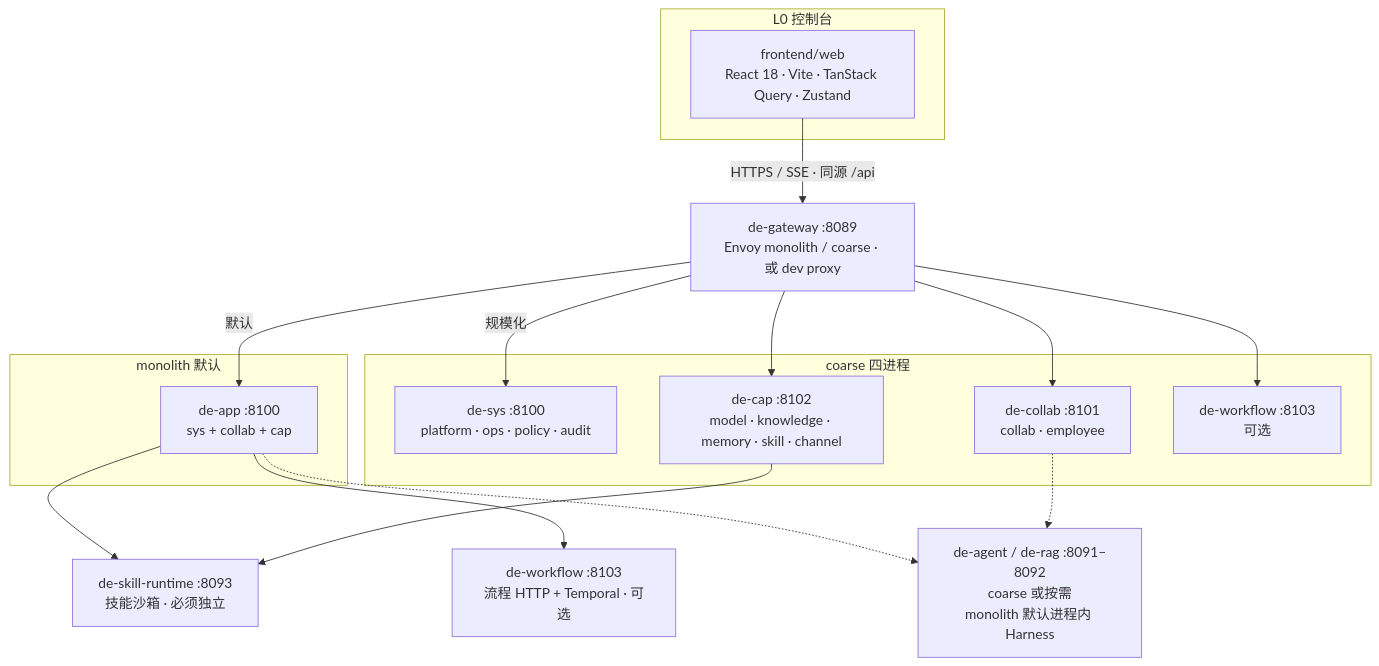
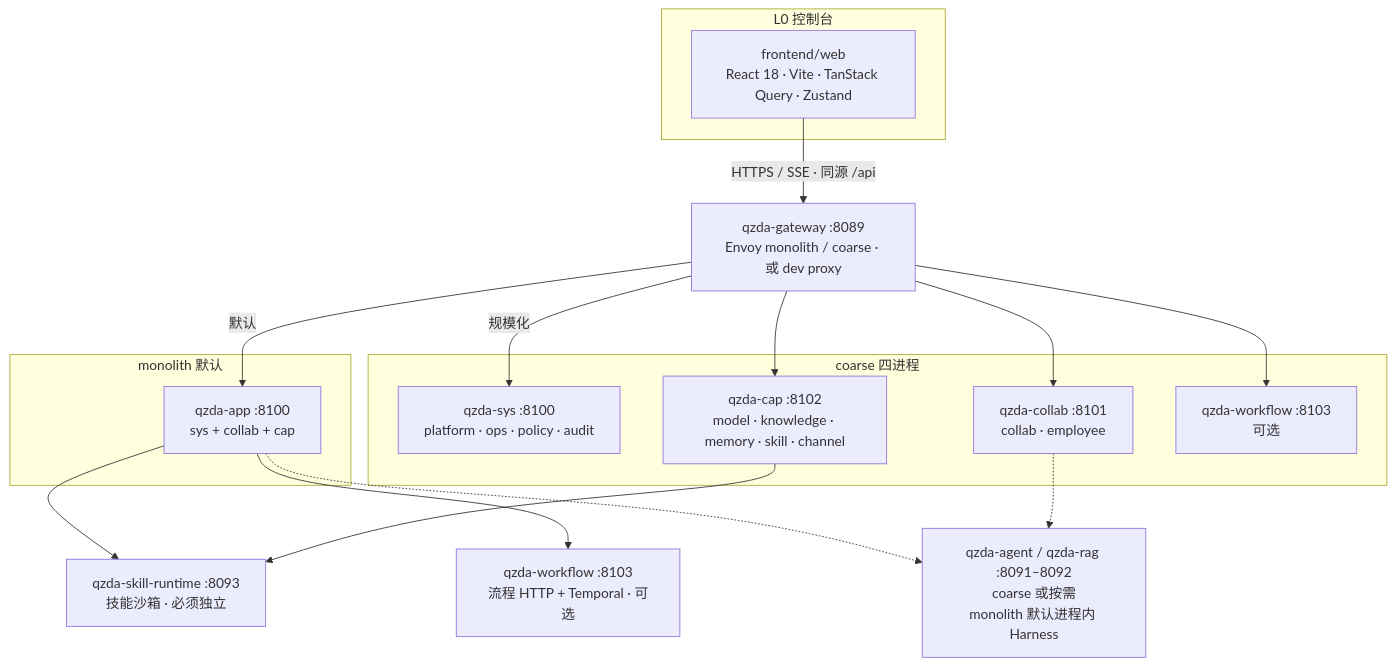
Before and after one commit to Lianjifu/QiZhiDaPartnerPlatform: the third of 5 diagrams in README.md, drawn with Mermaid. The commit also changed other lines of this file and 245 other files, not shown here.

````diff
--- a/README.md
+++ b/README.md
@@ -377,37 +377,37 @@
 ```mermaid
 flowchart TB
   subgraph Console["L0 控制台"]
     FE["frontend/web<br/>React 18 · Vite · TanStack Query · Zustand"]
   end
 
-  GW["de-gateway :8089<br/>Envoy monolith / coarse · 或 dev proxy"]
+  GW["qzda-gateway :8089<br/>Envoy monolith / coarse · 或 dev proxy"]
 
   FE -->|"HTTPS / SSE · 同源 /api"| GW
 
   subgraph Mono["monolith 默认"]
-    APP["de-app :8100<br/>sys + collab + cap"]
+    APP["qzda-app :8100<br/>sys + collab + cap"]
   end
 
   subgraph Coarse["coarse 四进程"]
-    SYS["de-sys :8100<br/>platform · ops · policy · audit"]
-    COL["de-collab :8101<br/>collab · employee"]
-    CAP["de-cap :8102<br/>model · knowledge · memory · skill · channel"]
-    WFc["de-workflow :8103<br/>可选"]
+    SYS["qzda-sys :8100<br/>platform · ops · policy · audit"]
+    COL["qzda-collab :8101<br/>collab · employee"]
+    CAP["qzda-cap :8102<br/>model · knowledge · memory · skill · channel"]
+    WFc["qzda-workflow :8103<br/>可选"]
   end
 
-  SKILL["de-skill-runtime :8093<br/>技能沙箱 · 必须独立"]
-  WFm["de-workflow :8103<br/>流程 HTTP + Temporal · 可选"]
-  AI["de-agent / de-rag :8091–8092<br/>coarse 或按需<br/>monolith 默认进程内 Harness"]
+  SKILL["qzda-skill-runtime :8093<br/>技能沙箱 · 必须独立"]
+  WFm["qzda-workflow :8103<br/>流程 HTTP + Temporal · 可选"]
+  AI["qzda-agent / qzda-rag :8091–8092<br/>coarse 或按需<br/>monolith 默认进程内 Harness"]
 
   GW -->|"默认"| APP
   GW -->|"规模化"| SYS
   GW --> COL
   GW --> CAP
   GW --> WFc
 
   APP --> SKILL
   APP --> WFm
   APP -.-> AI
   CAP --> SKILL
   COL -.-> AI
 ```
````
